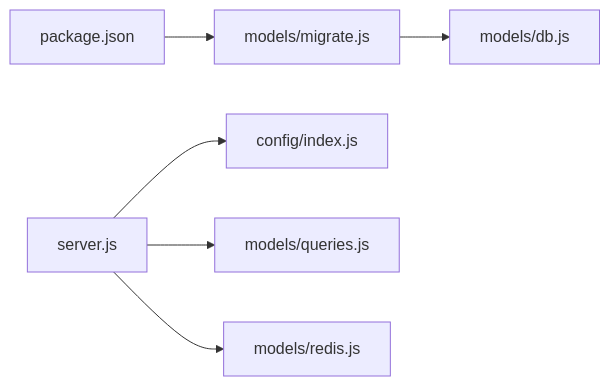
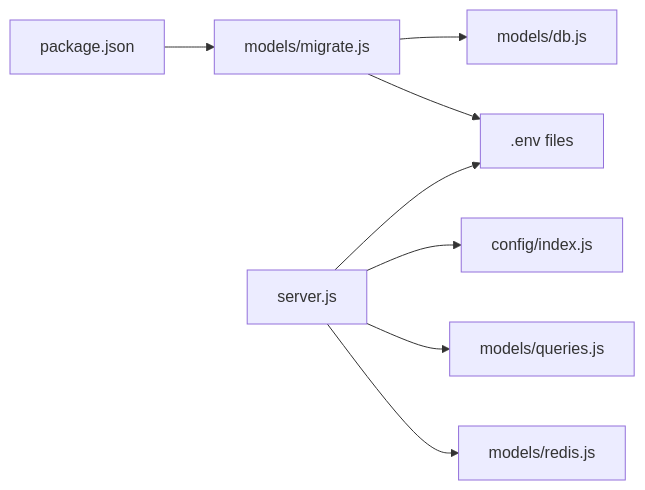
Before and after one commit to RunTimeAdmin/AgentID: the fourth of 4 diagrams in .qoder/repowiki/en/content/Database Design/Migration System.md, drawn with Mermaid. The commit also changed other lines of this file and 24 other files, not shown here.

````diff
--- a/.qoder/repowiki/en/content/Database Design/Migration System.md
+++ b/.qoder/repowiki/en/content/Database Design/Migration System.md
@@ -215,8 +239,10 @@
 ```mermaid
 graph LR
 M["models/migrate.js"] --> D["models/db.js"]
+M --> ENV[".env files"]
 S["server.js"] --> C["config/index.js"]
 S --> Q["models/queries.js"]
 S --> R["models/redis.js"]
+S --> ENV
 P["package.json"] --> M
 ```
````
